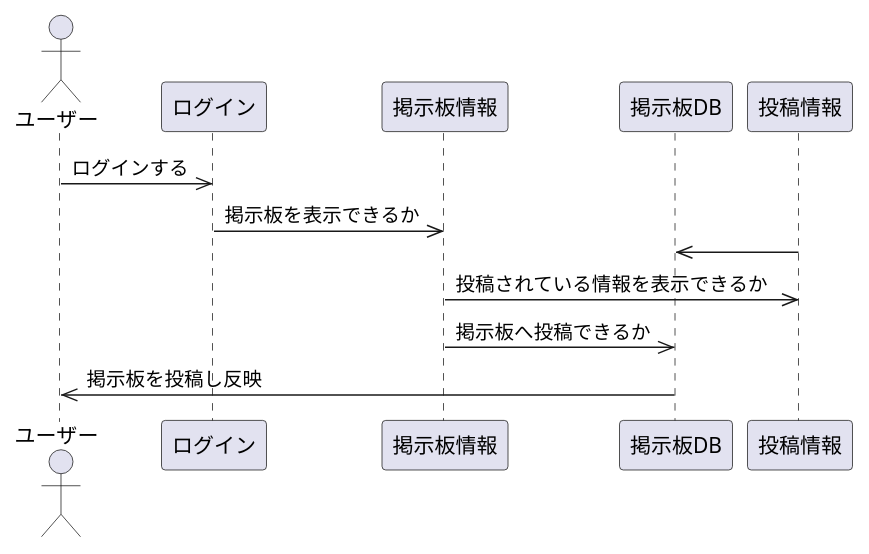
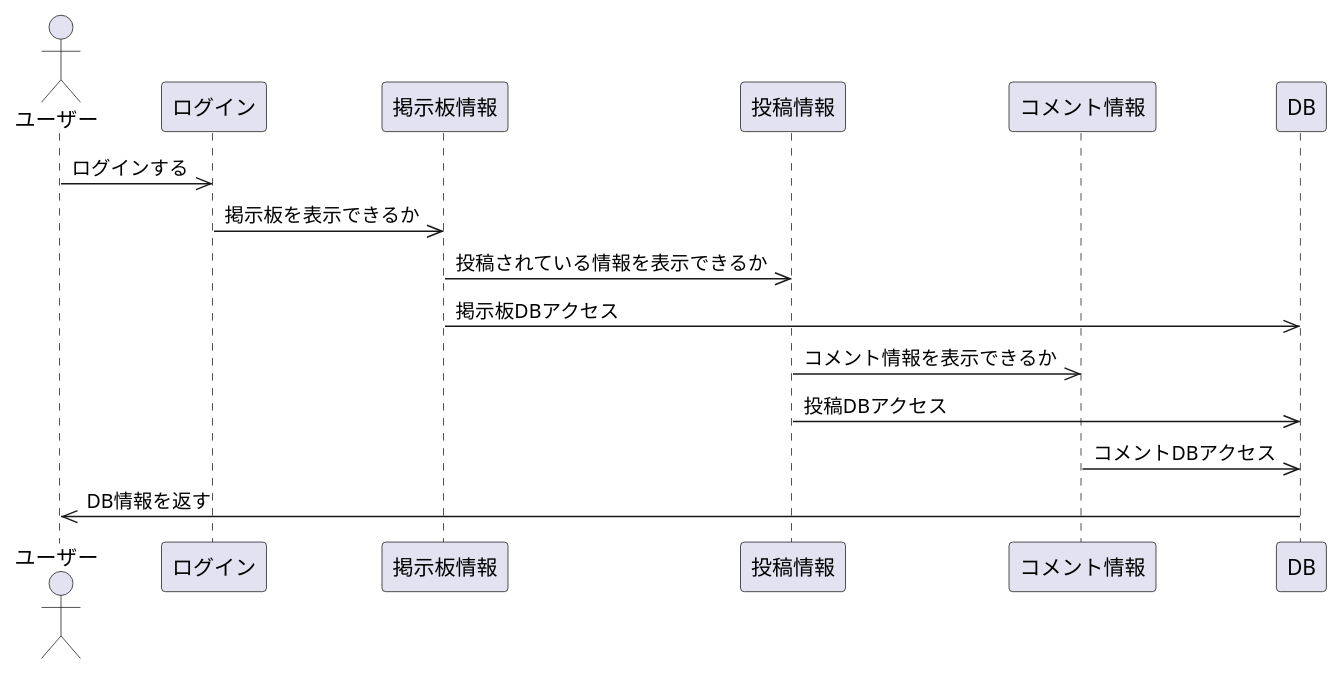
Before and after one commit to shinnamie/sns-kakeibo: the diagram in documents/uml/シーケンス図/bulletin board.md, drawn with PlantUML. The commit also changed 1 other file, not shown here.

Commit message:
UML図の更新

```diff
--- a/documents/uml/シーケンス図/bulletin board.md
+++ b/documents/uml/シーケンス図/bulletin board.md
@@ -1,15 +1,20 @@
 @startuml
   actor ユーザー
   participant ログイン
   participant 掲示板情報
-  participant 掲示板DB
   participant 投稿情報
+  participant コメント情報
+  participant DB
+ 
  
   ユーザー ->> ログイン : ログインする
   ログイン ->> 掲示板情報 : 掲示板を表示できるか
- 
-  投稿情報 ->> 掲示板DB
- 掲示板情報 ->> 投稿情報 : 投稿されている情報を表示できるか
-  掲示板情報 ->> 掲示板DB    : 掲示板へ投稿できるか
-  掲示板DB ->> ユーザー : 掲示板を投稿し反映
+  掲示板情報 ->> 投稿情報 : 投稿されている情報を表示できるか
+  掲示板情報 ->> DB : 掲示板DBアクセス
+  投稿情報 ->> コメント情報 : コメント情報を表示できるか
+
+  投稿情報 ->> DB : 投稿DBアクセス
+  コメント情報 ->> DB : コメントDBアクセス
+  DB ->> ユーザー : DB情報を返す
+
 @enduml
```
